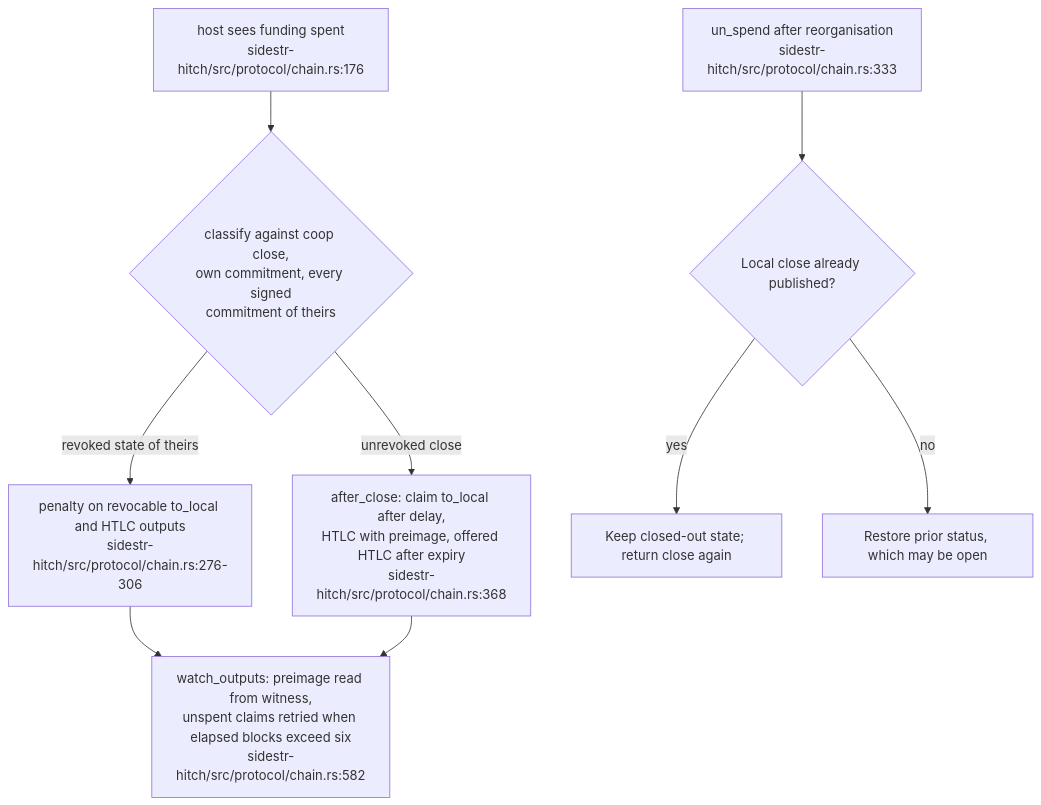
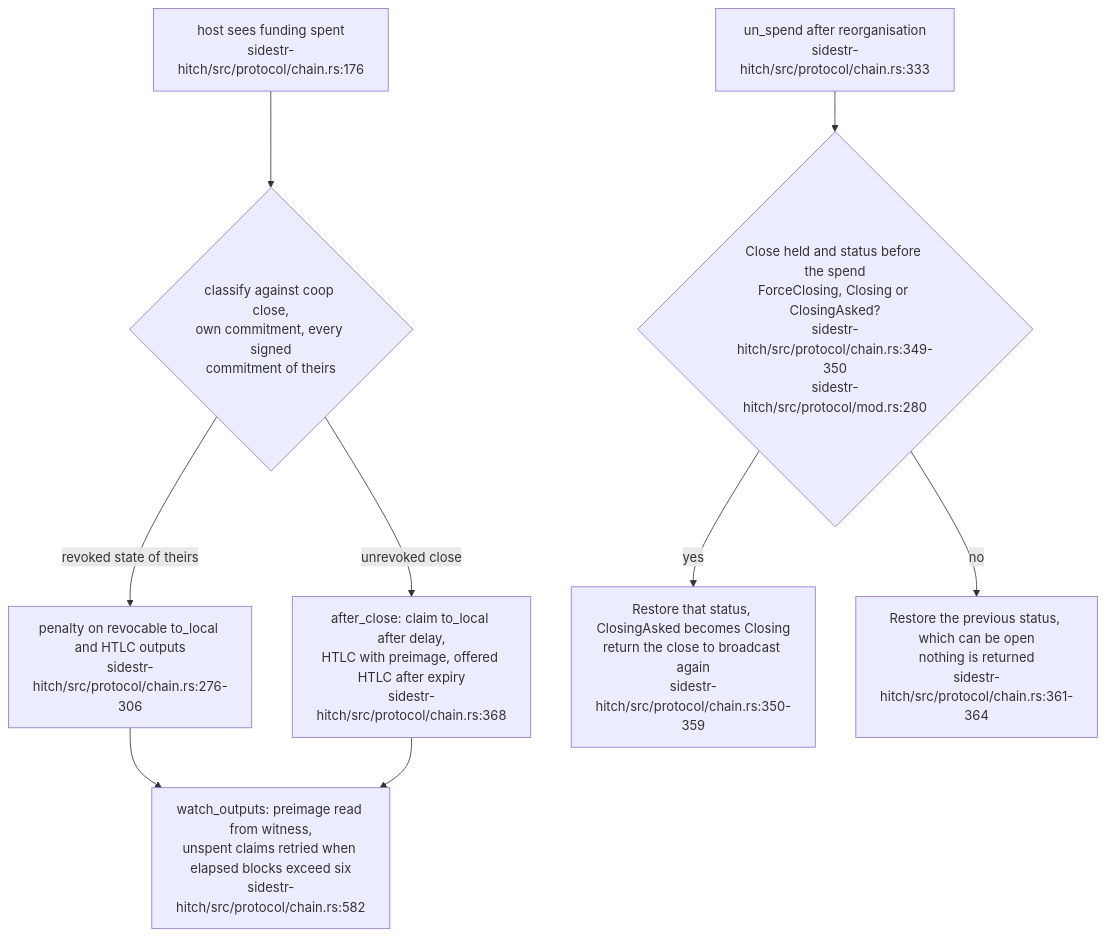
One commit to DreamLab-AI/VisionFlow changed the fourth of 5 diagrams in docs/diagrams/sidestr-rs/04-hitch-channel-kernel-and-host-gap.md. Above: the diagram before and after it, drawn with Mermaid. The commit also changed other lines of this file, not shown here.

First line of the commit message:
docs(diagrams): SR-04 un_spend branch follows the code, and the genesis fix is marked as source-only

````diff
--- a/docs/diagrams/sidestr-rs/04-hitch-channel-kernel-and-host-gap.md
+++ b/docs/diagrams/sidestr-rs/04-hitch-channel-kernel-and-host-gap.md
@@ -114,11 +115,11 @@
 ```mermaid
 flowchart TB
     SPEND["host sees funding spent<br/>sidestr-hitch/src/protocol/chain.rs:176"] --> CLS{"classify against coop close,<br/>own commitment, every signed<br/>commitment of theirs"}
     CLS -->|"revoked state of theirs"| PEN["penalty on revocable to_local and HTLC outputs<br/>sidestr-hitch/src/protocol/chain.rs:276-306"]
     CLS -->|"unrevoked close"| AFTER["after_close: claim to_local after delay,<br/>HTLC with preimage, offered HTLC after expiry<br/>sidestr-hitch/src/protocol/chain.rs:368"]
     PEN --> WATCH
     AFTER --> WATCH["watch_outputs: preimage read from witness,<br/>unspent claims retried when elapsed blocks exceed six<br/>sidestr-hitch/src/protocol/chain.rs:582"]
-    REORG["un_spend after reorganisation<br/>sidestr-hitch/src/protocol/chain.rs:333"] --> BACK{"Local close already published?"}
-    BACK -->|yes| AGAIN["Keep closed-out state; return close again"]
-    BACK -->|no| PREV["Restore prior status, which may be open"]
+    REORG["un_spend after reorganisation<br/>sidestr-hitch/src/protocol/chain.rs:333"] --> BACK{"Close held and status before the spend<br/>ForceClosing, Closing or ClosingAsked?<br/>sidestr-hitch/src/protocol/chain.rs:349-350<br/>sidestr-hitch/src/protocol/mod.rs:280"}
+    BACK -->|yes| AGAIN["Restore that status, ClosingAsked becomes Closing<br/>return the close to broadcast again<br/>sidestr-hitch/src/protocol/chain.rs:350-359"]
+    BACK -->|no| PREV["Restore the previous status, which can be open<br/>nothing is returned<br/>sidestr-hitch/src/protocol/chain.rs:361-364"]
 ```
````
